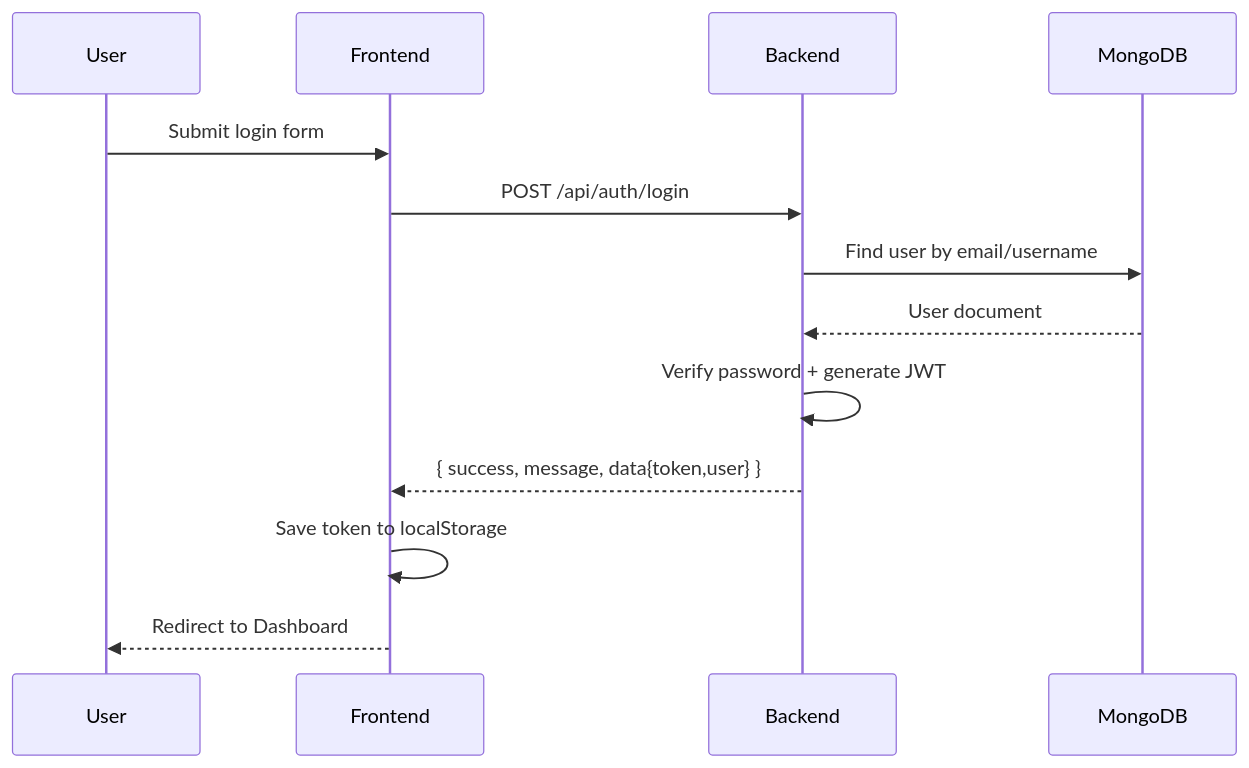
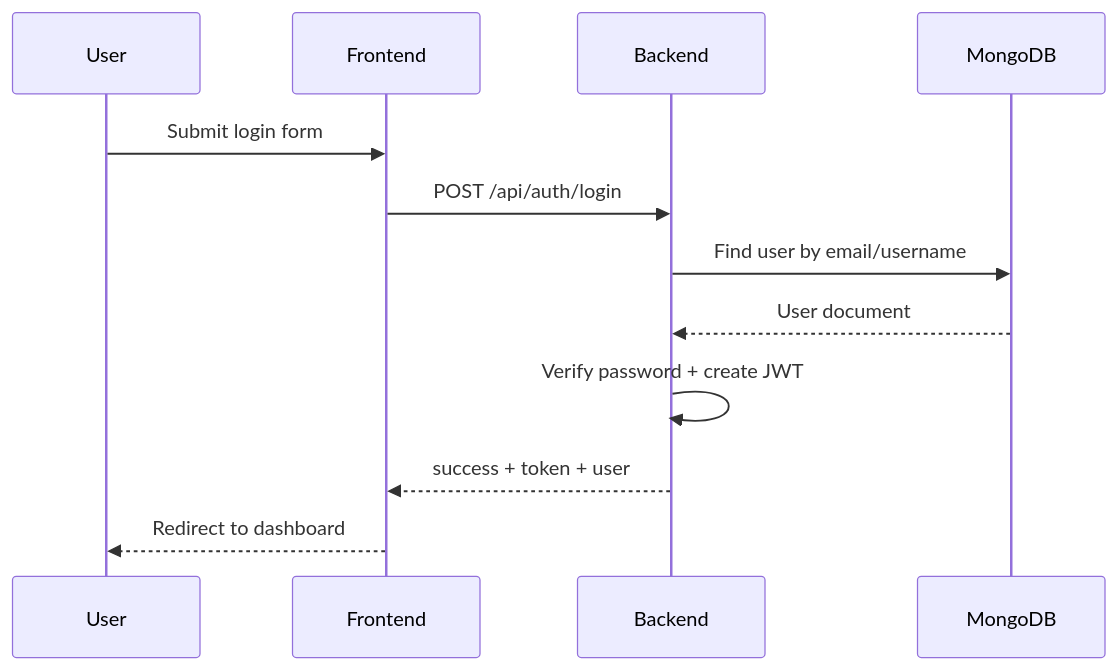
One commit to Khoidep-zai/Web_QuanlyCongviec changed the first of 3 diagrams in README.md. Above: the diagram before and after it, drawn with Mermaid. The commit also changed other lines of this file and 1 other file, not shown here.

````diff
--- a/README.md
+++ b/README.md
@@ -327,16 +170,15 @@
 ```mermaid
 sequenceDiagram
     participant U as User
     participant FE as Frontend
     participant BE as Backend
     participant DB as MongoDB
 
     U->>FE: Submit login form
     FE->>BE: POST /api/auth/login
     BE->>DB: Find user by email/username
     DB-->>BE: User document
-    BE->>BE: Verify password + generate JWT
-    BE-->>FE: { success, message, data{token,user} }
-    FE->>FE: Save token to localStorage
-    FE-->>U: Redirect to Dashboard
+    BE->>BE: Verify password + create JWT
+    BE-->>FE: success + token + user
+    FE-->>U: Redirect to dashboard
 ```
````
